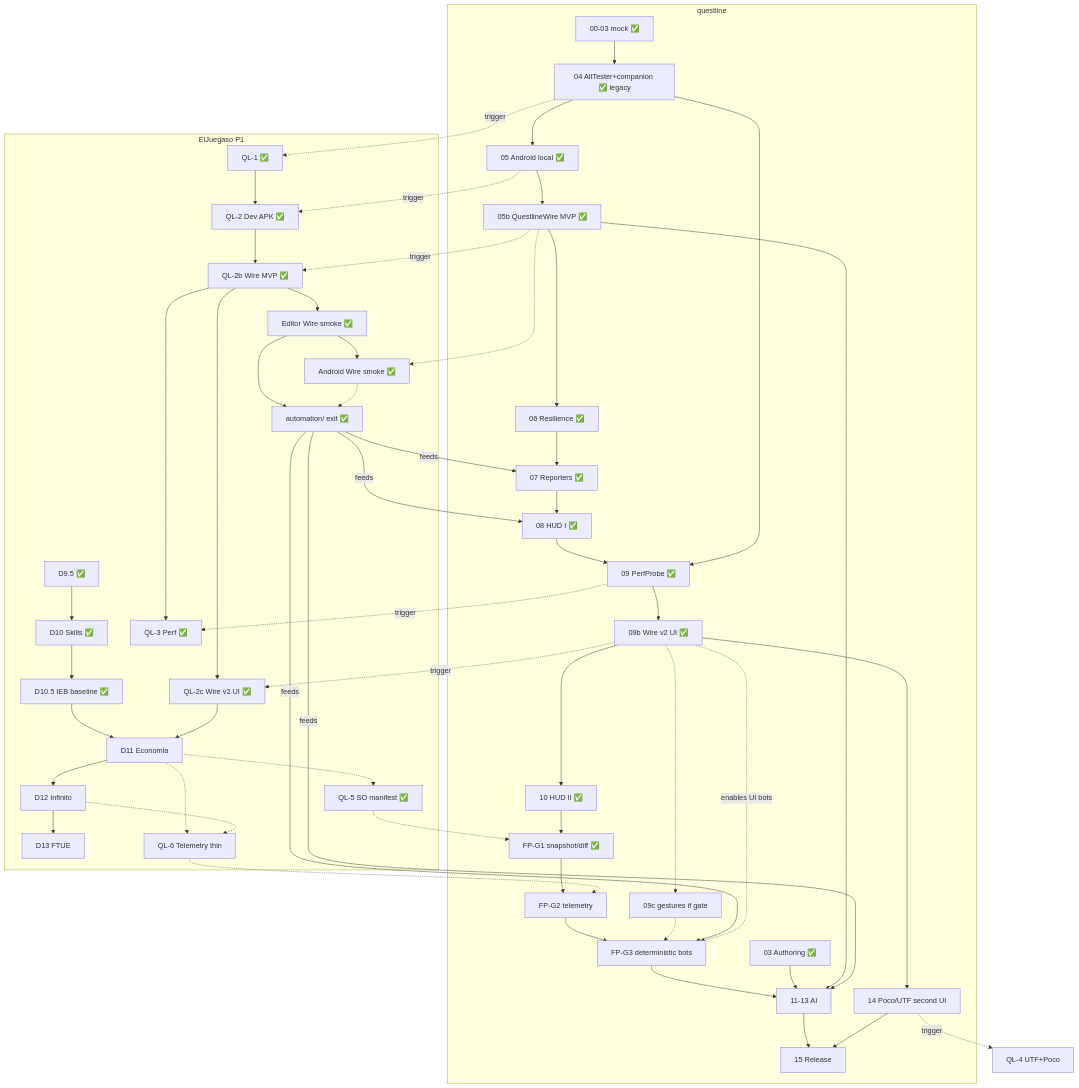
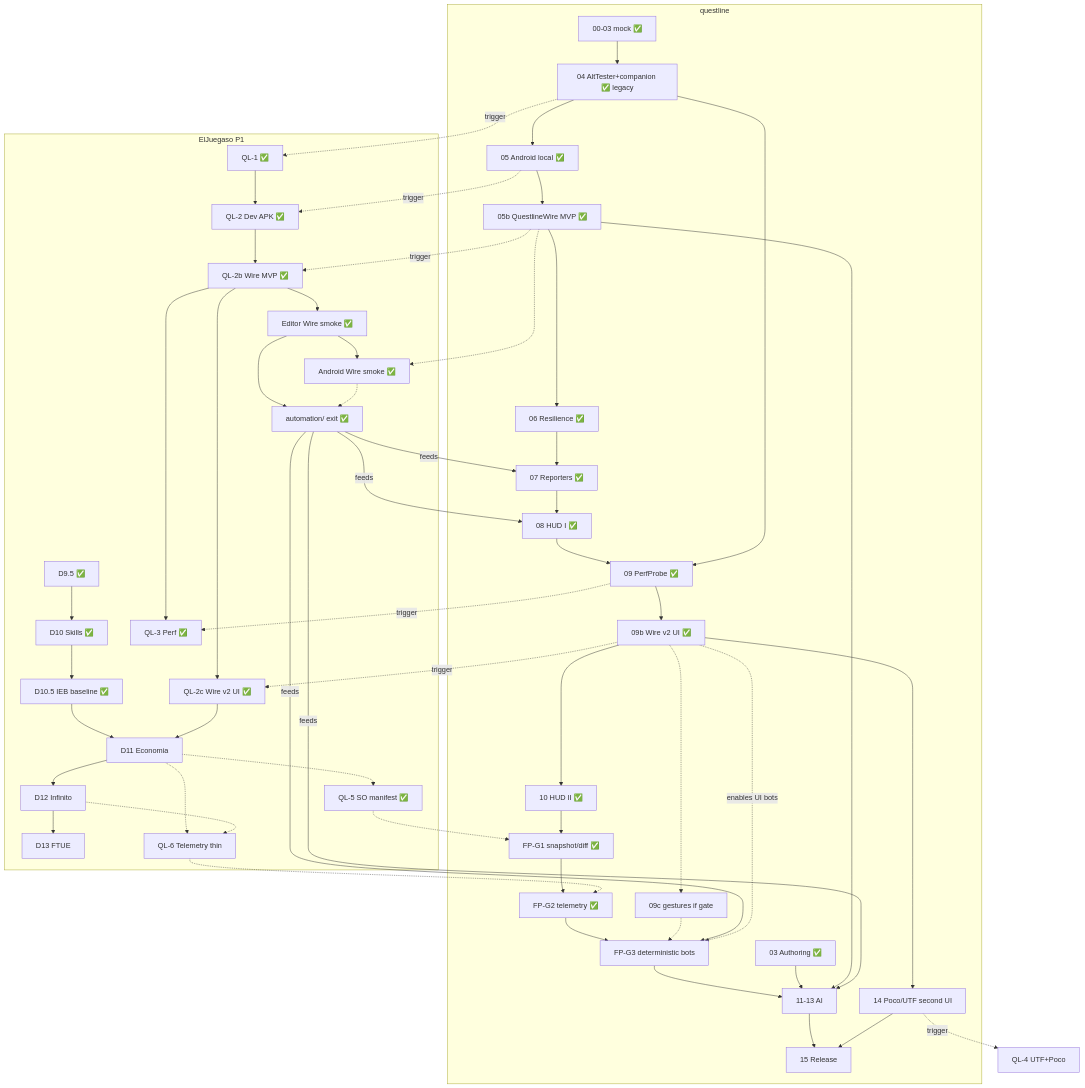
The diagram in docs/STATUS-DUAL.md (Knutronko/questline), drawn with Mermaid before and after one commit. The commit also changed other lines of this file and 35 other files, not shown here.

````diff
--- a/docs/STATUS-DUAL.md
+++ b/docs/STATUS-DUAL.md
@@ -108,61 +108,61 @@
 ```mermaid
 flowchart TB
   subgraph QL[questline]
     Q0[00-03 mock ✅] --> Q4[04 AltTester+companion ✅ legacy]
     Q4 --> Q5[05 Android local ✅]
     Q5 --> Q5b[05b QuestlineWire MVP ✅]
     Q5b --> Q6[06 Resilience ✅]
     Q6 --> Q7[07 Reporters ✅]
     Q7 --> Q8[08 HUD I ✅]
     Q8 --> Q9[09 PerfProbe ✅]
     Q9 --> Q9b[09b Wire v2 UI ✅]
     Q9b --> Q10[10 HUD II ✅]
     Q10 --> FPG1[FP-G1 snapshot/diff ✅]
-    FPG1 --> FPG2[FP-G2 telemetry]
+    FPG1 --> FPG2[FP-G2 telemetry ✅]
     FPG2 --> FPG3[FP-G3 deterministic bots]
     FPG3 --> Q11[11-13 AI]
     Q9b -.-> Q09c[09c gestures if gate]
     Q09c -.-> FPG3
     Q4 --> Q9
     Q3[03 Authoring ✅] --> Q11
     Q5b --> Q11
     Q9b --> Q14[14 Poco/UTF second UI]
     Q11 --> Q15[15 Release]
     Q14 --> Q15
   end
 
   subgraph Game[ElJuegaso P1]
     D95[D9.5 ✅] --> D10[D10 Skills ✅]
     D10 --> D105[D10.5 IEB baseline ✅]
     D105 --> D11[D11 Economia]
     D11 --> D12[D12 Infinito]
     D12 --> D13[D13 FTUE]
     QL1[QL-1 ✅] --> QL2[QL-2 Dev APK ✅]
     QL2 --> QL2b[QL-2b Wire MVP ✅]
     QL2b --> LiveEd[Editor Wire smoke ✅]
     LiveEd --> Auto[automation/ exit ✅]
     LiveEd --> LiveAnd[Android Wire smoke ✅]
     LiveAnd -.-> Auto
     QL2b --> QL3[QL-3 Perf ✅]
     QL2b --> QL2c[QL-2c Wire v2 UI ✅]
     QL2c --> D11
     D11 -.-> QL5[QL-5 SO manifest ✅]
     QL5 -.-> FPG1
     D11 -.-> QL6[QL-6 Telemetry thin]
     QL6 -.-> FPG2
     D12 -.-> QL6
     Auto -->|feeds| FPG3
   end
 
   Q4 -.->|trigger| QL1
   Q5 -.->|trigger| QL2
   Q5b -.->|trigger| QL2b
   Q5b -.-> LiveAnd
   Q9 -.->|trigger| QL3
   Q9b -.->|trigger| QL2c
   Q14 -.->|trigger| QL4[QL-4 UTF+Poco]
   Auto -->|feeds| Q7
   Auto -->|feeds| Q8
   Auto -->|feeds| Q11
   Q9b -.->|enables UI bots| FPG3
 ```
````
